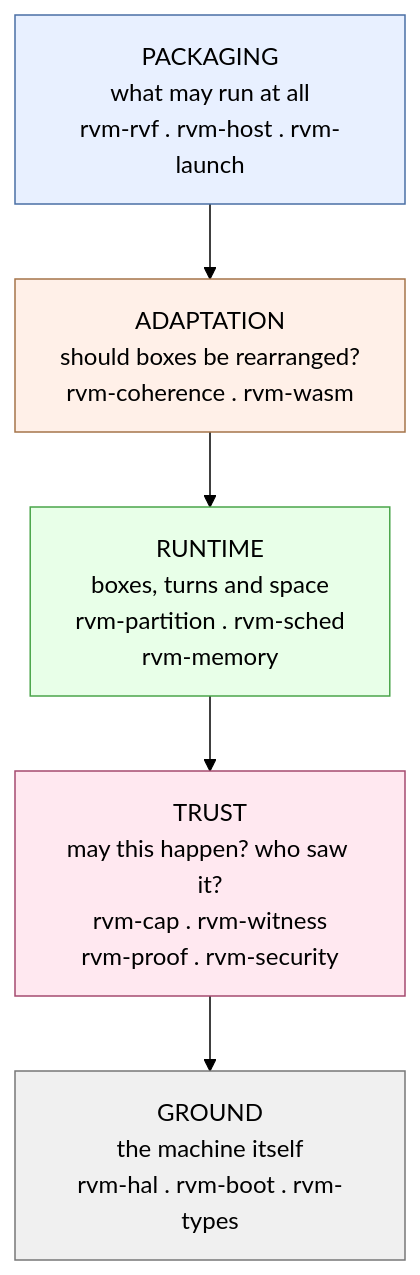
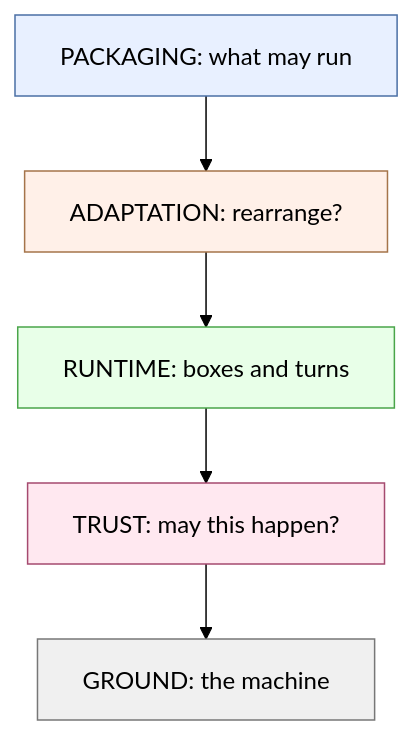
Before and after one commit to mondweep/vibe-cast: the first of 9 diagrams in README.md, drawn with Mermaid (forest theme). The commit also changed other lines of this file, not shown here.

````diff
--- a/README.md
+++ b/README.md
@@ -119,14 +122,14 @@
 ```mermaid
 flowchart TB
-    L4["PACKAGING<br/>what may run at all<br/>rvm-rvf . rvm-host . rvm-launch"]
-    L3["ADAPTATION<br/>should boxes be rearranged?<br/>rvm-coherence . rvm-wasm"]
-    L2["RUNTIME<br/>boxes, turns and space<br/>rvm-partition . rvm-sched<br/>rvm-memory"]
-    L1["TRUST<br/>may this happen? who saw it?<br/>rvm-cap . rvm-witness<br/>rvm-proof . rvm-security"]
-    L0["GROUND<br/>the machine itself<br/>rvm-hal . rvm-boot . rvm-types"]
+    L4["PACKAGING: what may run"]
+    L3["ADAPTATION: rearrange?"]
+    L2["RUNTIME: boxes and turns"]
+    L1["TRUST: may this happen?"]
+    L0["GROUND: the machine"]
     L4 --> L3 --> L2 --> L1 --> L0
     style L4 fill:#e8f0ff,stroke:#4a6fa5
     style L3 fill:#fff0e8,stroke:#a5744a
     style L2 fill:#e8ffe8,stroke:#4aa54a
     style L1 fill:#ffe8f0,stroke:#a54a6f
     style L0 fill:#f0f0f0,stroke:#777
 ```
````
